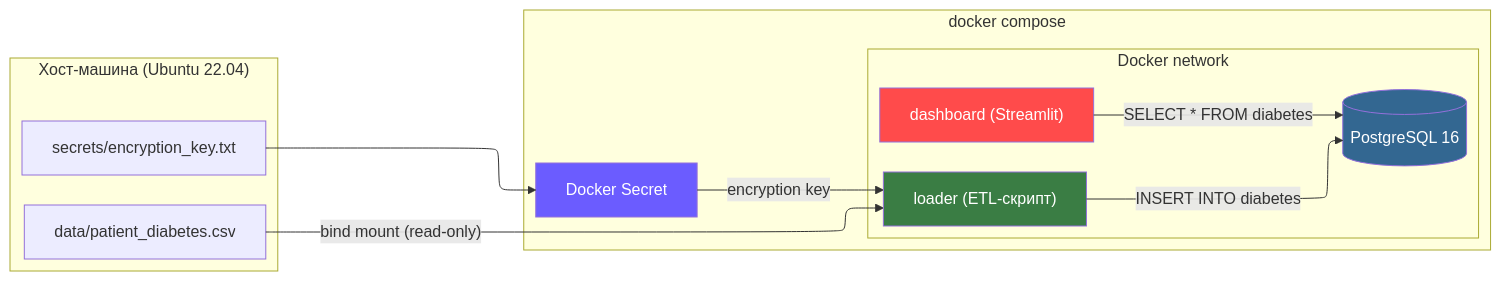
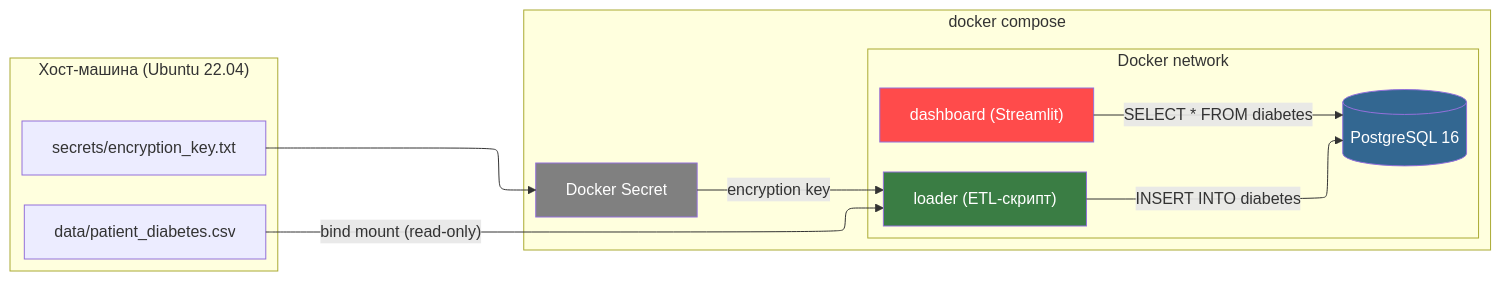
Before and after one commit to wyamka/DevOps-MGPU: the diagram in lab2/README.md, drawn with Mermaid.

````diff
--- a/lab2/README.md
+++ b/lab2/README.md
@@ -14,38 +14,38 @@
 ```mermaid
 ---
 config:
   layout: elk
 ---
 flowchart LR
 
     subgraph HOST["Хост-машина (Ubuntu 22.04)"]
         RAW["data/patient_diabetes.csv"]
         SECRETFILE["secrets/encryption_key.txt"]
     end
 
     subgraph COMPOSE["docker compose"]
         
         subgraph NET["Docker network"]
             LOADER["loader (ETL-скрипт)"]
             DB[(PostgreSQL 16)]
             DASH["dashboard (Streamlit)"]
         end
 
         SECRET["Docker Secret"]
  
     end
 
     RAW -- "bind mount (read-only)" --> LOADER
     SECRETFILE --> SECRET
     SECRET -- "encryption key" --> LOADER
 
     LOADER -- "INSERT INTO diabetes" --> DB
     DASH -- "SELECT * FROM diabetes" --> DB
 
 
 
     style DB fill:#336791,color:#fff
     style LOADER fill:#3a7d44,color:#fff
     style DASH fill:#ff4b4b,color:#fff
-    style SECRET fill:#6b5cff,color:#fff
+    style SECRET fill:#808080,color:#fff
 ```
````
